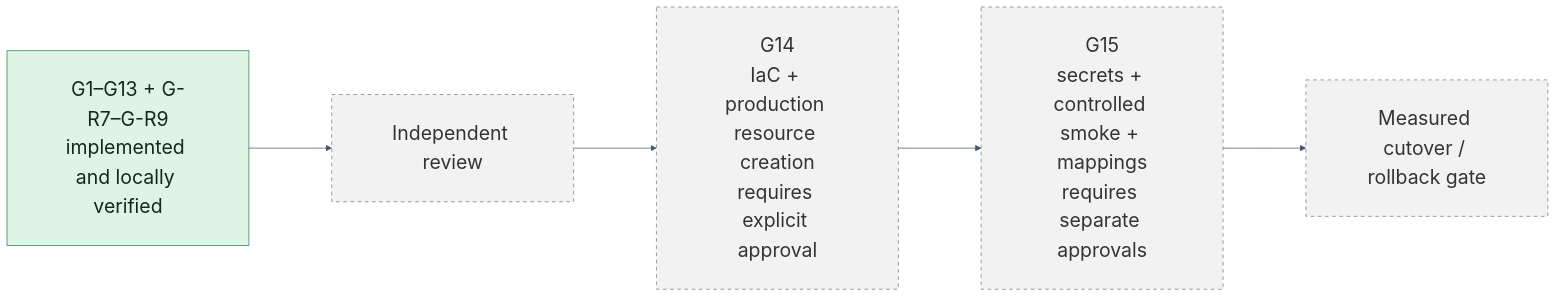
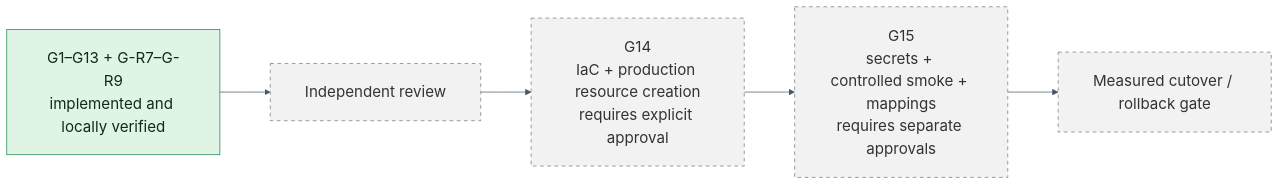
Before and after one commit to haritchowdhury/ShopSniper: the eighth of 8 diagrams in IMPLEMENTED_AWS_PIPELINE_ARCHITECTURE.md, drawn with Mermaid. The commit also changed other lines of this file, not shown here.

````diff
--- a/IMPLEMENTED_AWS_PIPELINE_ARCHITECTURE.md
+++ b/IMPLEMENTED_AWS_PIPELINE_ARCHITECTURE.md
@@ -430,13 +430,13 @@
 ```mermaid
-%%{init: {"theme":"base","themeVariables":{"fontFamily":"Arial, sans-serif","fontSize":"27px","lineColor":"#475569"},"flowchart":{"curve":"basis","nodeSpacing":90,"rankSpacing":115,"diagramPadding":50,"padding":34,"htmlLabels":true,"useMaxWidth":false}}}%%
+%%{init: {"theme":"base","themeVariables":{"fontFamily":"Arial, sans-serif","fontSize":"21px","lineColor":"#475569"},"flowchart":{"curve":"basis","nodeSpacing":55,"rankSpacing":70,"padding":24,"htmlLabels":true,"useMaxWidth":true}}}%%
 flowchart LR
     DONE["G1–G13 + G-R7–G-R9<br/>implemented and locally verified"] --> REVIEW["Independent review"]
     REVIEW --> G14["G14<br/>IaC + production resource creation<br/>requires explicit approval"]
     G14 --> G15["G15<br/>secrets + controlled smoke + mappings<br/>requires separate approvals"]
     G15 --> CUTOVER["Measured cutover / rollback gate"]
 
     classDef complete fill:#dff4e4,stroke:#18864b,color:#102b1c;
     classDef parked fill:#f2f2f2,stroke:#777,color:#333,stroke-dasharray: 5 5;
     class DONE complete;
     class REVIEW,G14,G15,CUTOVER parked;
 ```
````
